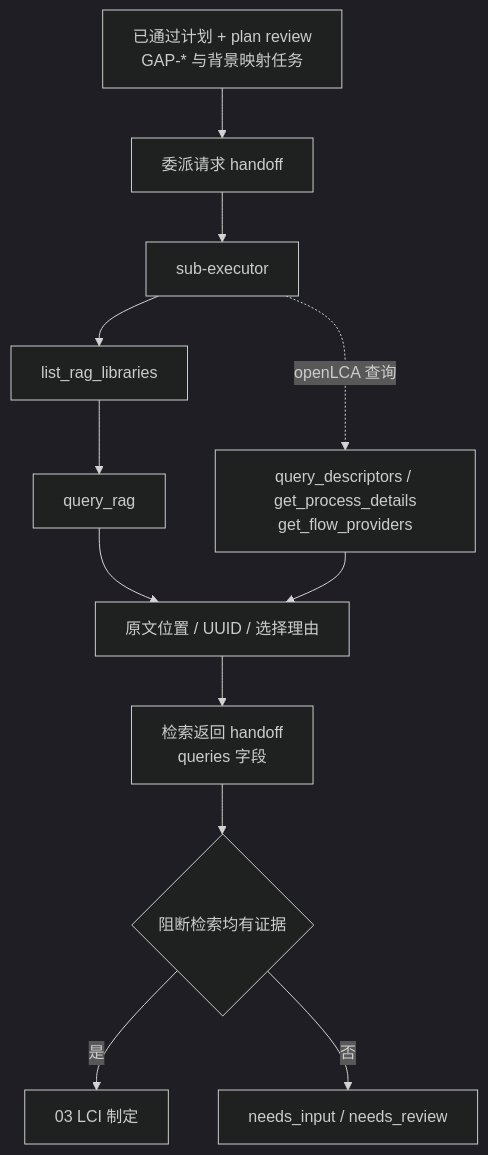
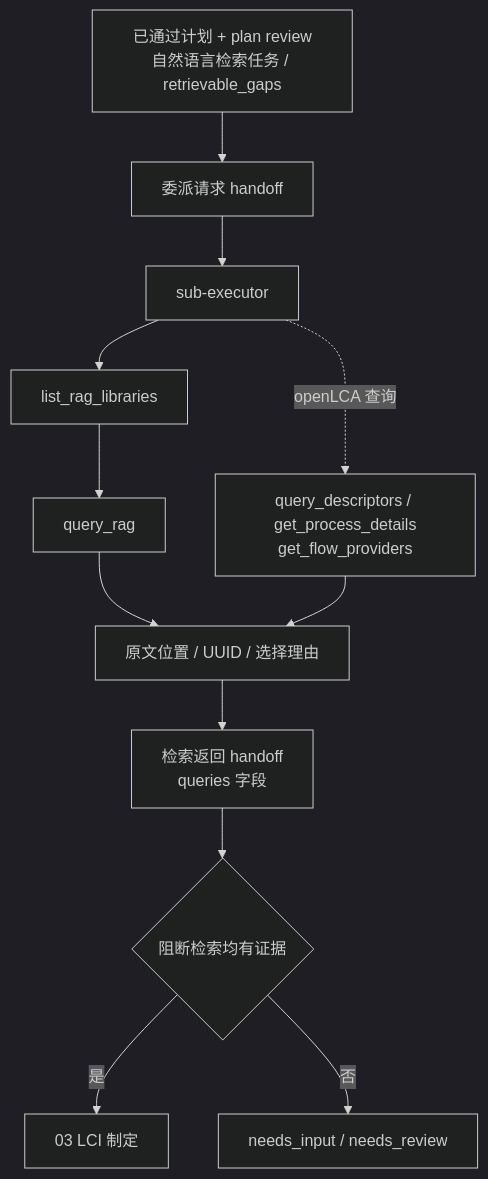
Before and after one commit to mrzed891194322/Harness-driven-LCA-dev-agents: the diagram in harness/specs/02-evidence-retrieval/schema_mapping.md, drawn with Mermaid (dark theme). The commit also changed other lines of this file and 80 other files, not shown here.

````diff
--- a/harness/specs/02-evidence-retrieval/schema_mapping.md
+++ b/harness/specs/02-evidence-retrieval/schema_mapping.md
@@ -7,21 +7,21 @@
 ```mermaid
 flowchart TD
-    input["已通过计划 + plan review<br/>GAP-* 与背景映射任务"]
+    input["已通过计划 + plan review<br/>自然语言检索任务 / retrievable_gaps"]
     request["委派请求 handoff"]
     executor["sub-executor"]
     libs["list_rag_libraries"]
     rag["query_rag"]
     descriptor["query_descriptors / get_process_details<br/>get_flow_providers"]
     evidence["原文位置 / UUID / 选择理由"]
     returned["检索返回 handoff<br/>queries 字段"]
     gate{"阻断检索均有证据"}
     next["03 LCI 制定"]
     stop["needs_input / needs_review"]
 
     input --> request --> executor
     executor --> libs --> rag --> evidence
     executor -. openLCA 查询 .-> descriptor --> evidence
     evidence --> returned --> gate
     gate -->|是| next
     gate -->|否| stop
 ```
````
